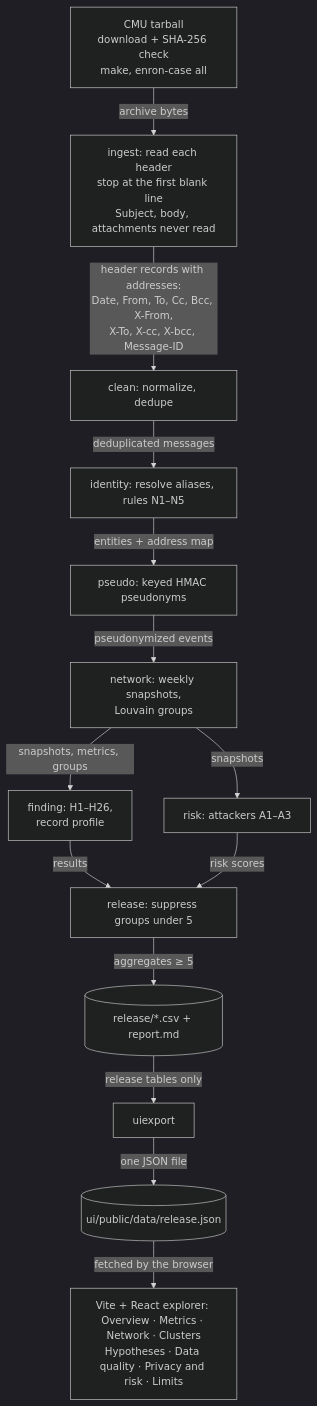
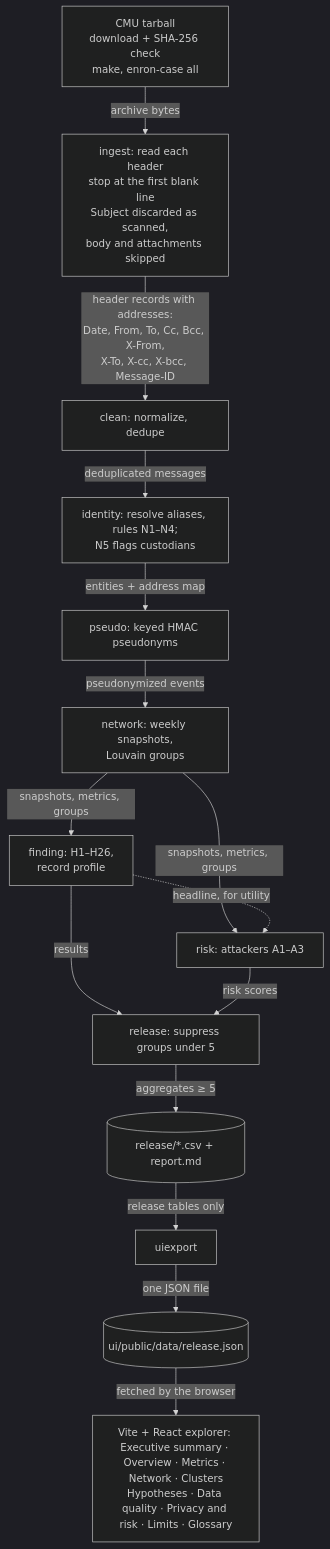
Before and after one commit to marcusvieira88/network-science: the second of 4 diagrams in README.md, drawn with Mermaid (dark theme). The commit also changed other lines of this file, not shown here.

````diff
--- a/README.md
+++ b/README.md
@@ -110,29 +113,30 @@
 ```mermaid
 flowchart TB
     D["CMU tarball<br/>download + SHA-256 check<br/>make, enron-case all"]
-    H["ingest: read each header<br/>stop at the first blank line<br/>Subject, body, attachments never read"]
+    H["ingest: read each header<br/>stop at the first blank line<br/>Subject discarded as scanned,<br/>body and attachments skipped"]
     C["clean: normalize, dedupe"]
-    I["identity: resolve aliases, rules N1–N5"]
+    I["identity: resolve aliases, rules N1–N4;<br/>N5 flags custodians"]
     P["pseudo: keyed HMAC pseudonyms"]
     N["network: weekly snapshots,<br/>Louvain groups"]
     F["finding: H1–H26,<br/>record profile"]
     R["risk: attackers A1–A3"]
     K["release: suppress groups under 5"]
     T[("release/*.csv + report.md")]
     U["uiexport"]
     J[("ui/public/data/release.json")]
-    V["Vite + React explorer: Overview · Metrics · Network · Clusters<br/>Hypotheses · Data quality · Privacy and risk · Limits"]
+    V["Vite + React explorer: Executive summary · Overview · Metrics · Network · Clusters<br/>Hypotheses · Data quality · Privacy and risk · Limits · Glossary"]
     D -->|"archive bytes"| H
     H -->|"header records with addresses:<br/>Date, From, To, Cc, Bcc, X-From,<br/>X-To, X-cc, X-bcc, Message-ID"| C
     C -->|"deduplicated messages"| I
     I -->|"entities + address map"| P
     P -->|"pseudonymized events"| N
     N -->|"snapshots, metrics, groups"| F
-    N -->|"snapshots"| R
+    N -->|"snapshots, metrics, groups"| R
+    F -.->|"headline, for utility"| R
     F -->|"results"| K
     R -->|"risk scores"| K
     K -->|"aggregates ≥ 5"| T
     T -->|"release tables only"| U
     U -->|"one JSON file"| J
     J -->|"fetched by the browser"| V
 ```
````
